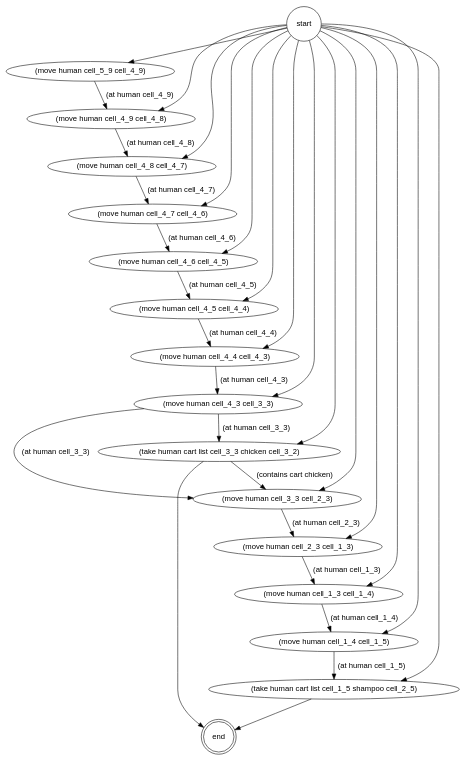
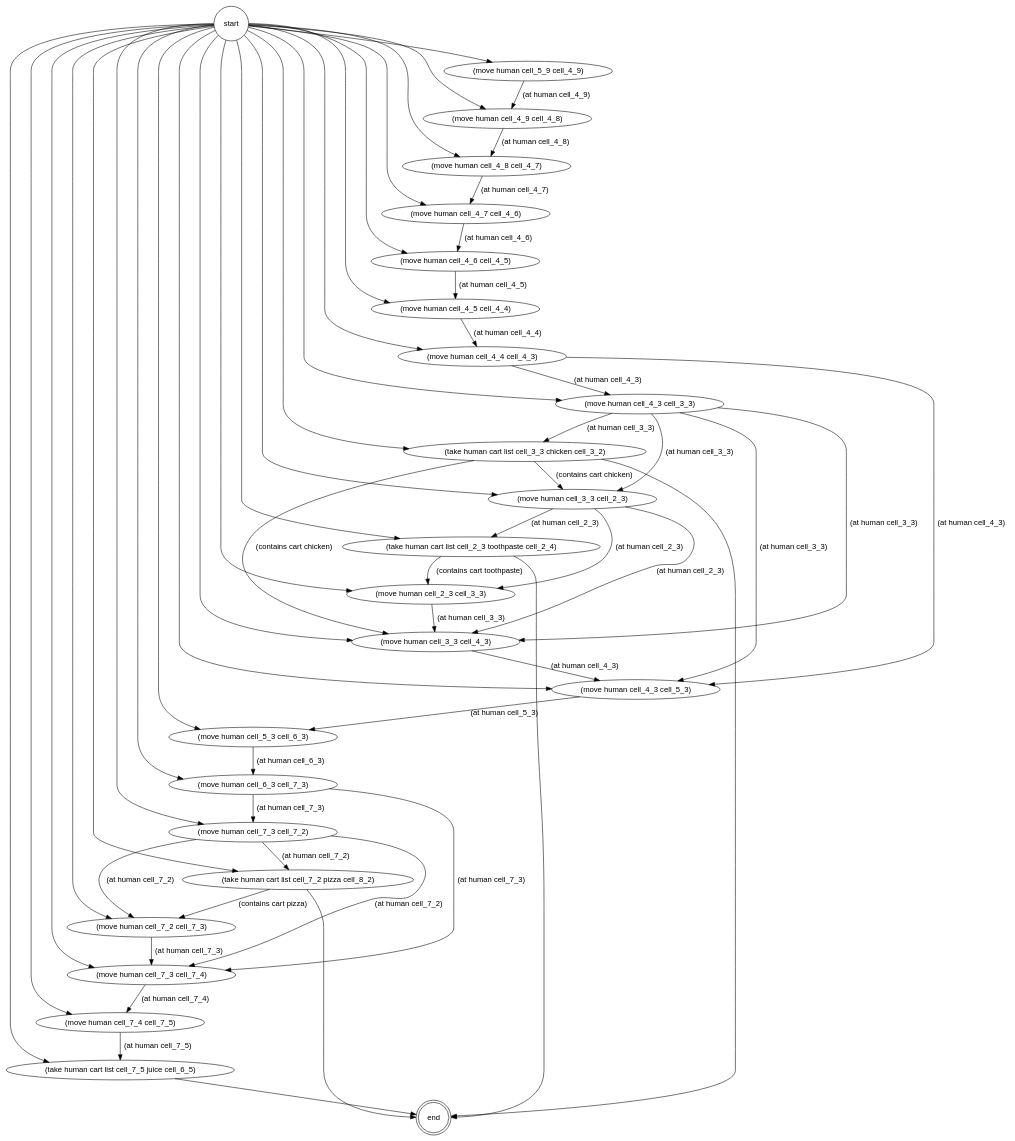
The diagram in playground/pddl/temp/supermarket_problem.gv (francescotss/PepperMart), drawn with Graphviz before and after one commit. The commit also changed 12 other files, not shown here.

```diff
--- a/playground/pddl/temp/supermarket_problem.gv
+++ b/playground/pddl/temp/supermarket_problem.gv
@@ -1,44 +1,71 @@
 strict digraph "" {
 	graph [fontname=helvetica];
 	node [fontname=helvetica,
 		label="\N",
 		shape=ellipse
 	];
 	edge [fontname=helvetica];
 	"(end)"	 [label=end,
 		peripheries=2,
 		shape=circle];
-	"(take human cart list cell_1_5 shampoo cell_2_5)" -> "(end)";
-	"(move human cell_1_4 cell_1_5)" -> "(take human cart list cell_1_5 shampoo cell_2_5)"	 [label="(at human cell_1_5)"];
-	"(move human cell_1_3 cell_1_4)" -> "(move human cell_1_4 cell_1_5)"	 [label="(at human cell_1_4)"];
-	"(move human cell_2_3 cell_1_3)" -> "(move human cell_1_3 cell_1_4)"	 [label="(at human cell_1_3)"];
-	"(move human cell_3_3 cell_2_3)" -> "(move human cell_2_3 cell_1_3)"	 [label="(at human cell_2_3)"];
+	"(take human cart list cell_7_5 juice cell_6_5)" -> "(end)";
+	"(move human cell_7_4 cell_7_5)" -> "(take human cart list cell_7_5 juice cell_6_5)"	 [label="(at human cell_7_5)"];
+	"(move human cell_7_3 cell_7_4)" -> "(move human cell_7_4 cell_7_5)"	 [label="(at human cell_7_4)"];
+	"(move human cell_7_2 cell_7_3)" -> "(move human cell_7_3 cell_7_4)"	 [label="(at human cell_7_3)"];
+	"(take human cart list cell_7_2 pizza cell_8_2)" -> "(end)";
+	"(take human cart list cell_7_2 pizza cell_8_2)" -> "(move human cell_7_2 cell_7_3)"	 [label="(contains cart pizza)"];
+	"(move human cell_7_3 cell_7_2)" -> "(move human cell_7_3 cell_7_4)"	 [label="(at human cell_7_2)"];
+	"(move human cell_7_3 cell_7_2)" -> "(move human cell_7_2 cell_7_3)"	 [label="(at human cell_7_2)"];
+	"(move human cell_7_3 cell_7_2)" -> "(take human cart list cell_7_2 pizza cell_8_2)"	 [label="(at human cell_7_2)"];
+	"(move human cell_6_3 cell_7_3)" -> "(move human cell_7_3 cell_7_4)"	 [label="(at human cell_7_3)"];
+	"(move human cell_6_3 cell_7_3)" -> "(move human cell_7_3 cell_7_2)"	 [label="(at human cell_7_3)"];
+	"(move human cell_5_3 cell_6_3)" -> "(move human cell_6_3 cell_7_3)"	 [label="(at human cell_6_3)"];
+	"(move human cell_4_3 cell_5_3)" -> "(move human cell_5_3 cell_6_3)"	 [label="(at human cell_5_3)"];
+	"(move human cell_3_3 cell_4_3)" -> "(move human cell_4_3 cell_5_3)"	 [label="(at human cell_4_3)"];
+	"(move human cell_2_3 cell_3_3)" -> "(move human cell_3_3 cell_4_3)"	 [label="(at human cell_3_3)"];
+	"(take human cart list cell_2_3 toothpaste cell_2_4)" -> "(end)";
+	"(take human cart list cell_2_3 toothpaste cell_2_4)" -> "(move human cell_2_3 cell_3_3)"	 [label="(contains cart toothpaste)"];
+	"(move human cell_3_3 cell_2_3)" -> "(move human cell_3_3 cell_4_3)"	 [label="(at human cell_2_3)"];
+	"(move human cell_3_3 cell_2_3)" -> "(move human cell_2_3 cell_3_3)"	 [label="(at human cell_2_3)"];
+	"(move human cell_3_3 cell_2_3)" -> "(take human cart list cell_2_3 toothpaste cell_2_4)"	 [label="(at human cell_2_3)"];
 	"(take human cart list cell_3_3 chicken cell_3_2)" -> "(end)";
+	"(take human cart list cell_3_3 chicken cell_3_2)" -> "(move human cell_3_3 cell_4_3)"	 [label="(contains cart chicken)"];
 	"(take human cart list cell_3_3 chicken cell_3_2)" -> "(move human cell_3_3 cell_2_3)"	 [label="(contains cart chicken)"];
+	"(move human cell_4_3 cell_3_3)" -> "(move human cell_4_3 cell_5_3)"	 [label="(at human cell_3_3)"];
+	"(move human cell_4_3 cell_3_3)" -> "(move human cell_3_3 cell_4_3)"	 [label="(at human cell_3_3)"];
 	"(move human cell_4_3 cell_3_3)" -> "(move human cell_3_3 cell_2_3)"	 [label="(at human cell_3_3)"];
 	"(move human cell_4_3 cell_3_3)" -> "(take human cart list cell_3_3 chicken cell_3_2)"	 [label="(at human cell_3_3)"];
+	"(move human cell_4_4 cell_4_3)" -> "(move human cell_4_3 cell_5_3)"	 [label="(at human cell_4_3)"];
 	"(move human cell_4_4 cell_4_3)" -> "(move human cell_4_3 cell_3_3)"	 [label="(at human cell_4_3)"];
 	"(move human cell_4_5 cell_4_4)" -> "(move human cell_4_4 cell_4_3)"	 [label="(at human cell_4_4)"];
 	"(move human cell_4_6 cell_4_5)" -> "(move human cell_4_5 cell_4_4)"	 [label="(at human cell_4_5)"];
 	"(move human cell_4_7 cell_4_6)" -> "(move human cell_4_6 cell_4_5)"	 [label="(at human cell_4_6)"];
 	"(move human cell_4_8 cell_4_7)" -> "(move human cell_4_7 cell_4_6)"	 [label="(at human cell_4_7)"];
 	"(move human cell_4_9 cell_4_8)" -> "(move human cell_4_8 cell_4_7)"	 [label="(at human cell_4_8)"];
 	"(move human cell_5_9 cell_4_9)" -> "(move human cell_4_9 cell_4_8)"	 [label="(at human cell_4_9)"];
 	"(start)"	 [label=start,
 		peripheries=1,
 		shape=circle];
-	"(start)" -> "(take human cart list cell_1_5 shampoo cell_2_5)";
-	"(start)" -> "(move human cell_1_4 cell_1_5)";
-	"(start)" -> "(move human cell_1_3 cell_1_4)";
-	"(start)" -> "(move human cell_2_3 cell_1_3)";
+	"(start)" -> "(take human cart list cell_7_5 juice cell_6_5)";
+	"(start)" -> "(move human cell_7_4 cell_7_5)";
+	"(start)" -> "(move human cell_7_3 cell_7_4)";
+	"(start)" -> "(move human cell_7_2 cell_7_3)";
+	"(start)" -> "(take human cart list cell_7_2 pizza cell_8_2)";
+	"(start)" -> "(move human cell_7_3 cell_7_2)";
+	"(start)" -> "(move human cell_6_3 cell_7_3)";
+	"(start)" -> "(move human cell_5_3 cell_6_3)";
+	"(start)" -> "(move human cell_4_3 cell_5_3)";
+	"(start)" -> "(move human cell_3_3 cell_4_3)";
+	"(start)" -> "(move human cell_2_3 cell_3_3)";
+	"(start)" -> "(take human cart list cell_2_3 toothpaste cell_2_4)";
 	"(start)" -> "(move human cell_3_3 cell_2_3)";
 	"(start)" -> "(take human cart list cell_3_3 chicken cell_3_2)";
 	"(start)" -> "(move human cell_4_3 cell_3_3)";
 	"(start)" -> "(move human cell_4_4 cell_4_3)";
 	"(start)" -> "(move human cell_4_5 cell_4_4)";
 	"(start)" -> "(move human cell_4_6 cell_4_5)";
 	"(start)" -> "(move human cell_4_7 cell_4_6)";
 	"(start)" -> "(move human cell_4_8 cell_4_7)";
 	"(start)" -> "(move human cell_4_9 cell_4_8)";
 	"(start)" -> "(move human cell_5_9 cell_4_9)";
 }
```
